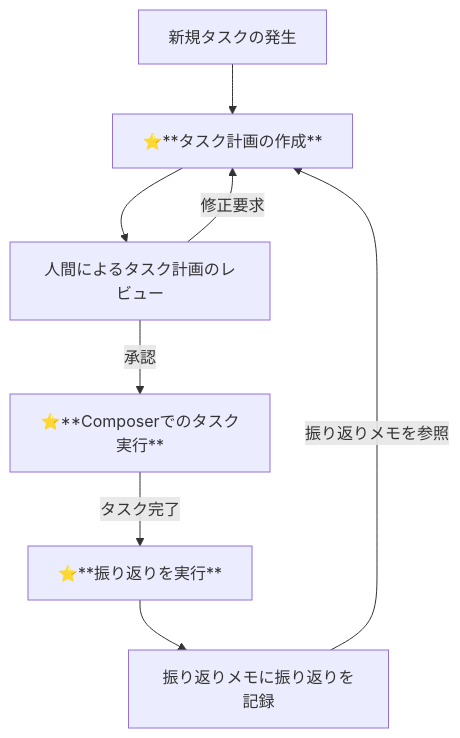
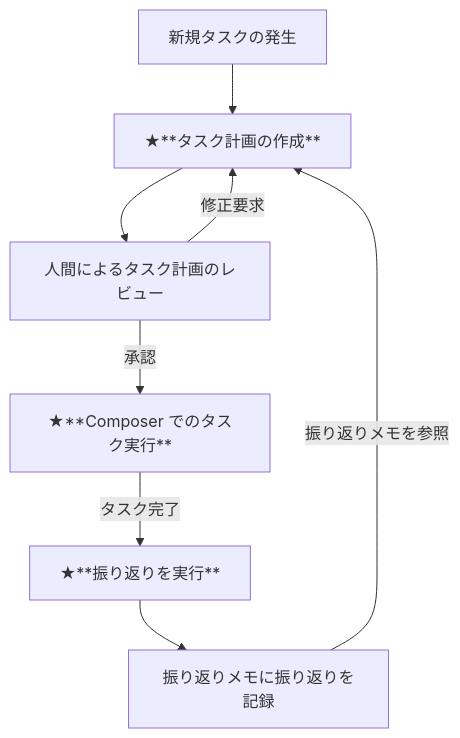
The diagram in articles/cursor-scratchpad-memories.md (tanukiti1987/public-zenn-docs), drawn with Mermaid before and after one commit. The commit also changed other lines of this file, not shown here.

````diff
--- a/articles/cursor-scratchpad-memories.md
+++ b/articles/cursor-scratchpad-memories.md
@@ -99,10 +99,10 @@
 ```mermaid
 flowchart TD
-    A[新規タスクの発生] --> B[⭐**タスク計画の作成**]
+    A[新規タスクの発生] --> B[★**タスク計画の作成**]
     B --> D[人間によるタスク計画のレビュー]
-    D -- 承認 --> E[⭐**Composerでのタスク実行**]
+    D -- 承認 --> E[★**Composer でのタスク実行**]
     D -- 修正要求 --> B
-    E -- タスク完了 --> F[⭐**振り返りを実行**]
+    E -- タスク完了 --> F[★**振り返りを実行**]
     F --> H[振り返りメモに振り返りを記録]
     H -- 振り返りメモを参照 --> B
 ```
````
